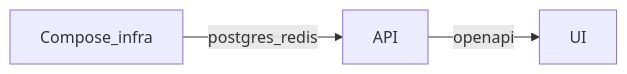
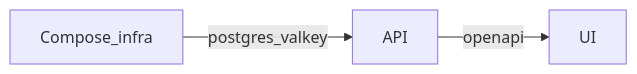
The diagram in profile/README.md (AI-Starter-Templates/.github), drawn with Mermaid before and after one commit. The commit also changed other lines of this file and 14 other files, not shown here.

````diff
--- a/profile/README.md
+++ b/profile/README.md
@@ -67,8 +69,8 @@
 ```mermaid
 flowchart LR
   composeNode[Compose_infra]
   apiNode[API]
   uiNode[UI]
-  composeNode -->|postgres_redis| apiNode
+  composeNode -->|postgres_valkey| apiNode
   apiNode -->|openapi| uiNode
 ```
````
